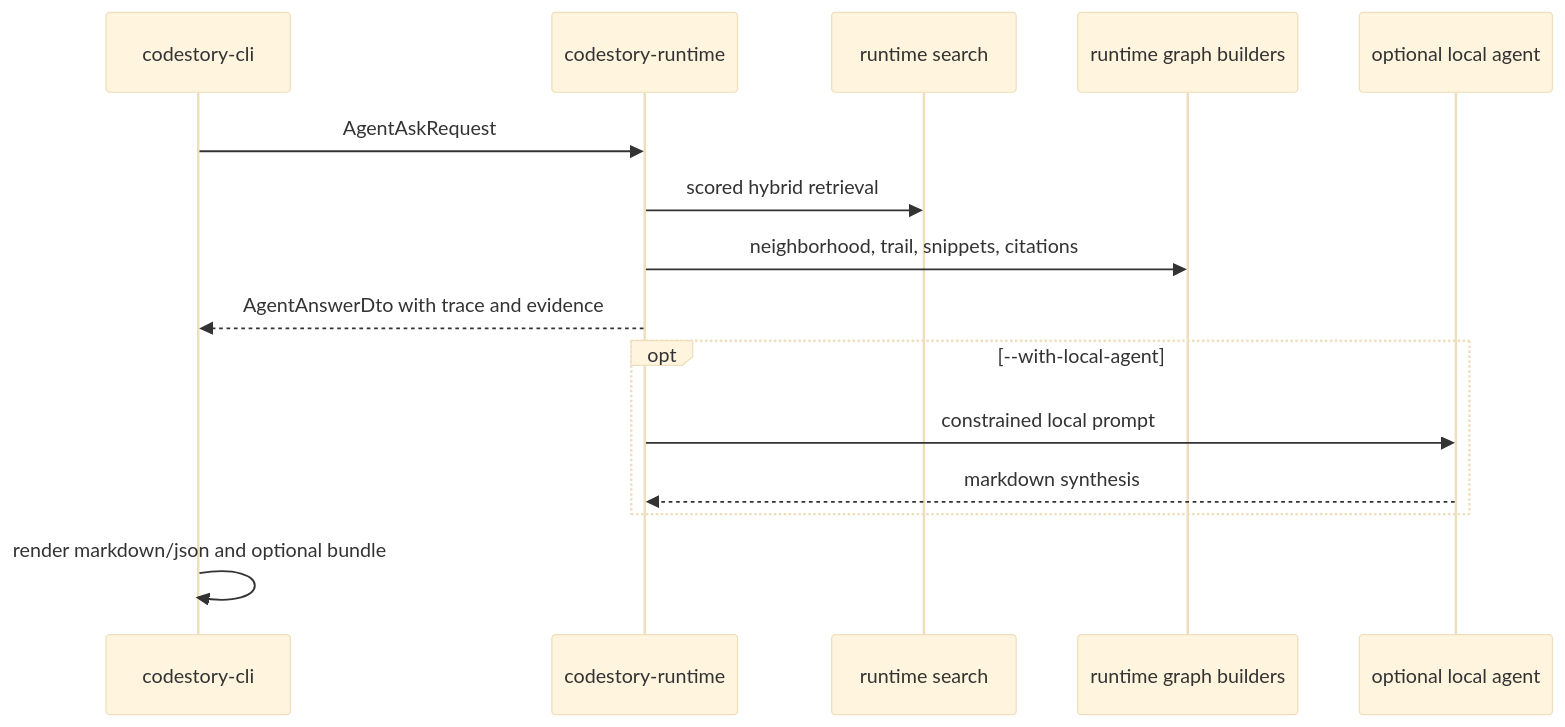
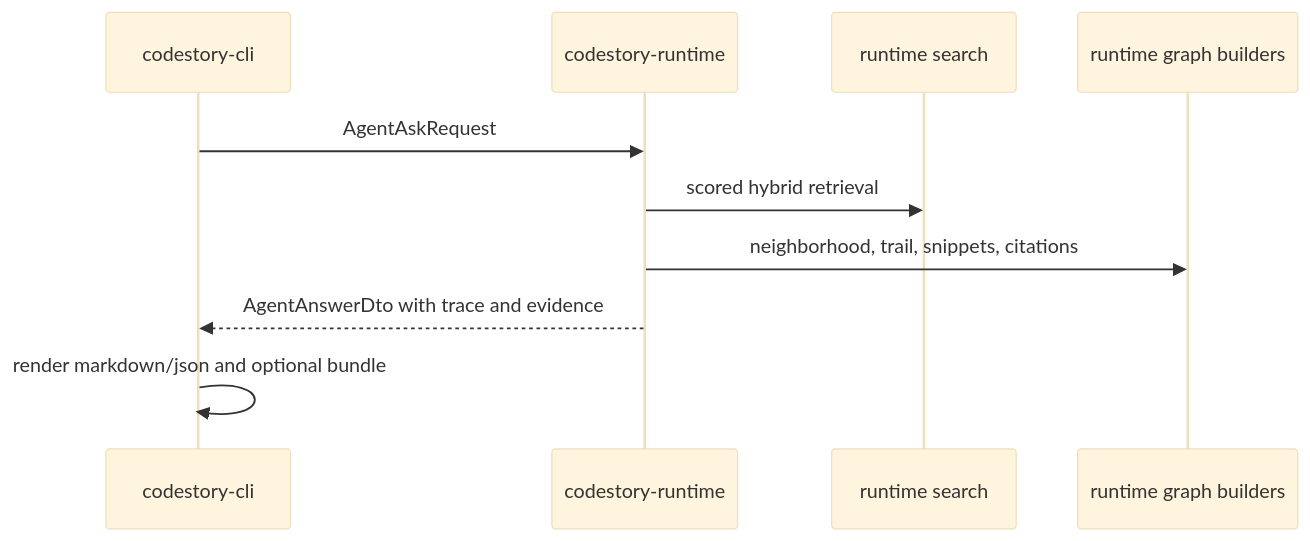
The third of 4 diagrams in docs/architecture/runtime-execution-path.md (TheGreenCedar/CodeStory), drawn with Mermaid (base theme) before and after one commit. The commit also changed other lines of this file and 23 other files, not shown here.

Commit message:
remove local agent ask path

````diff
--- a/docs/architecture/runtime-execution-path.md
+++ b/docs/architecture/runtime-execution-path.md
@@ -69,18 +69,13 @@
 ```mermaid
 sequenceDiagram
     participant CLI as codestory-cli
     participant Runtime as codestory-runtime
     participant Search as runtime search
     participant Graph as runtime graph builders
-    participant Agent as optional local agent
 
     CLI->>Runtime: AgentAskRequest
     Runtime->>Search: scored hybrid retrieval
     Runtime->>Graph: neighborhood, trail, snippets, citations
     Runtime-->>CLI: AgentAnswerDto with trace and evidence
-    opt --with-local-agent
-        Runtime->>Agent: constrained local prompt
-        Agent-->>Runtime: markdown synthesis
-    end
     CLI->>CLI: render markdown/json and optional bundle
 ```
````
